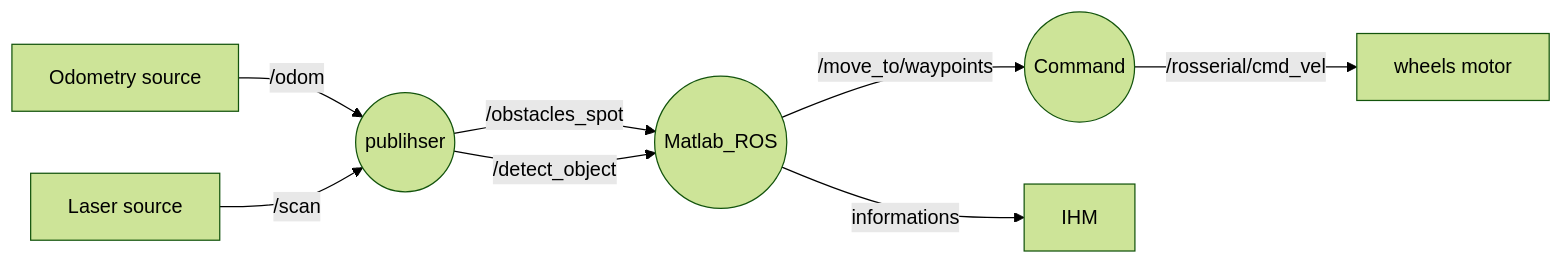
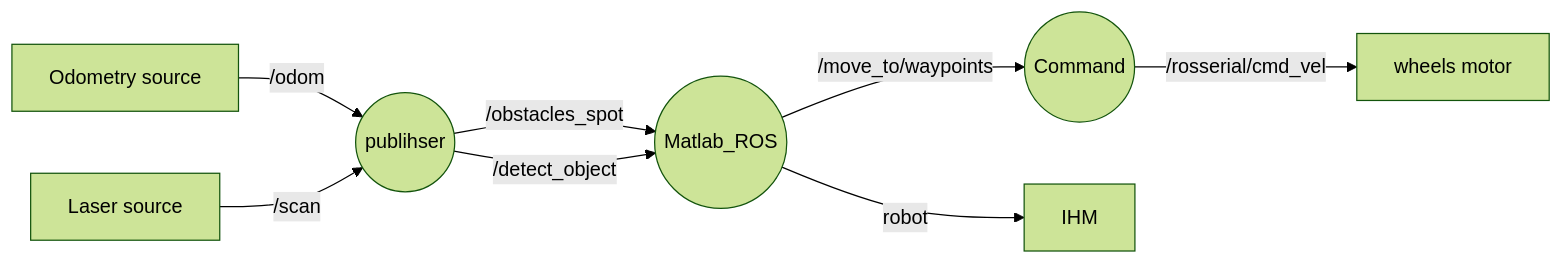
One commit to estellebriand/Projet_majeure_master_5A changed the first of 2 diagrams in README.md. Above: the diagram before and after it, drawn with Mermaid (forest theme). The commit also changed other lines of this file, not shown here.

````diff
--- a/README.md
+++ b/README.md
@@ -67,13 +66,13 @@
 ```mermaid
 graph LR
 
     T1[Odometry source] -- /odom --> Node1((publisher))
     T2[Laser source] -- /scan --> Node1((publihser))
 
     Node2 -- /move_to/waypoints --> Node_command((Command))
     Node_command((Command)) -- /rosserial/cmd_vel --> T3[wheels motor]
 
     Node1 -- /obstacles_spot -->Node2((Matlab_ROS))
     Node1 -- /detect_object -->Node2((Matlab_ROS))
-    Node2 -- informations -->IHM[IHM]
+    Node2 -- robot -->IHM[IHM]
 ```
````
